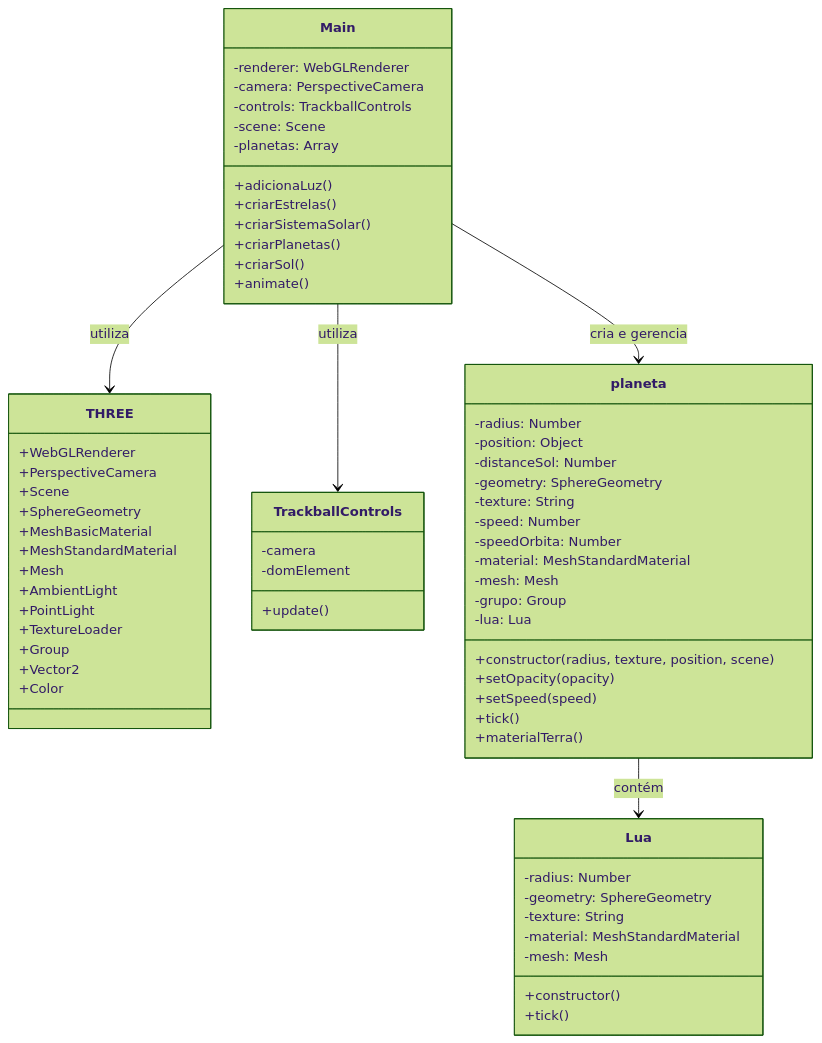
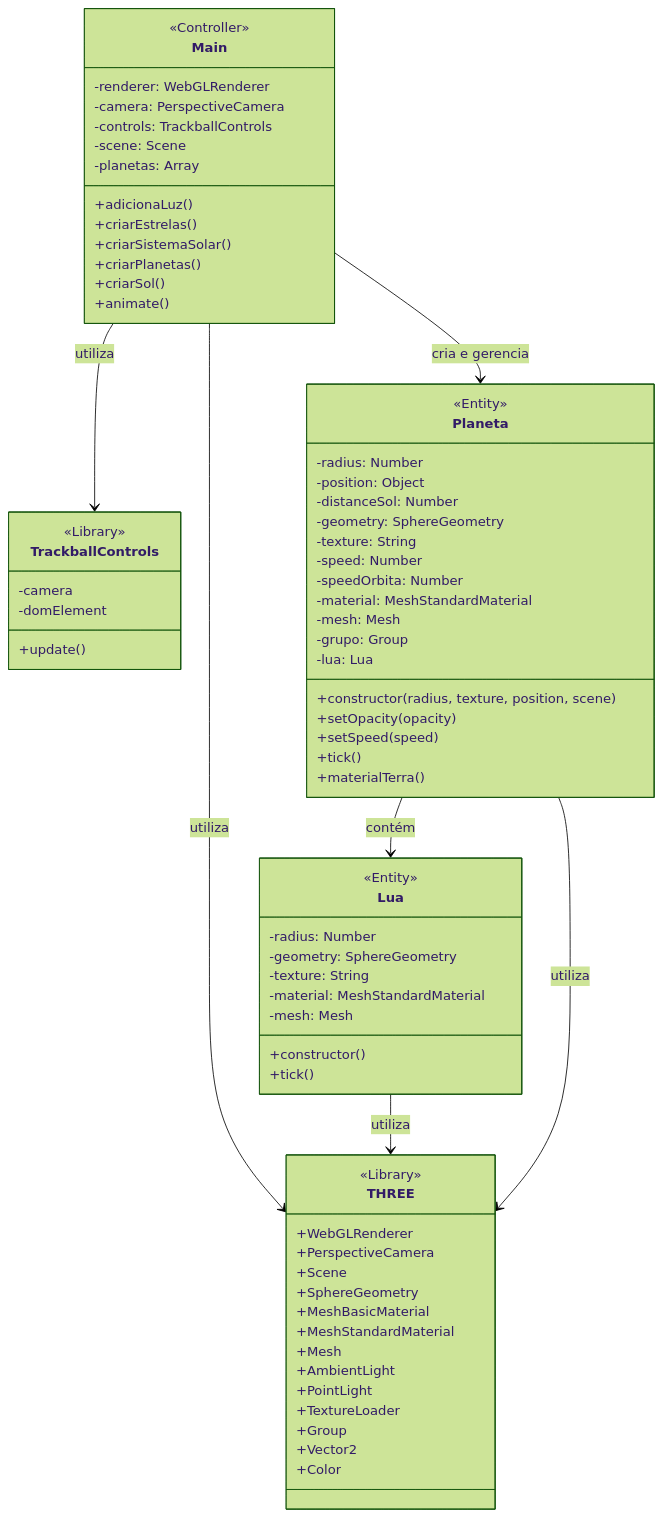
The diagram in README.md (StephanyeCunto/ComputacaoGrafica), drawn with Mermaid (forest theme) before and after one commit.

````diff
--- a/README.md
+++ b/README.md
@@ -98,72 +98,82 @@
 ```mermaid
 classDiagram
     class THREE {
+        <<Library>>
+
         +WebGLRenderer
         +PerspectiveCamera
         +Scene
         +SphereGeometry
         +MeshBasicMaterial
         +MeshStandardMaterial
         +Mesh
         +AmbientLight
         +PointLight
         +TextureLoader
         +Group
         +Vector2
         +Color
     }
 
     class TrackballControls {
+        <<Library>>
+
         -camera
         -domElement
         +update()
     }
 
-    class planeta {
+    class Planeta {
+        <<Entity>>
         -radius: Number
         -position: Object
         -distanceSol: Number
         -geometry: SphereGeometry
         -texture: String
         -speed: Number
         -speedOrbita: Number
         -material: MeshStandardMaterial
         -mesh: Mesh
         -grupo: Group
         -lua: Lua
         +constructor(radius, texture, position, scene)
         +setOpacity(opacity)
         +setSpeed(speed)
         +tick()
         +materialTerra()
     }
 
     class Lua {
+        <<Entity>>
         -radius: Number
         -geometry: SphereGeometry
         -texture: String
         -material: MeshStandardMaterial
         -mesh: Mesh
         +constructor()
         +tick()
     }
 
     class Main {
+        <<Controller>>
+
         -renderer: WebGLRenderer
         -camera: PerspectiveCamera
         -controls: TrackballControls
         -scene: Scene
         -planetas: Array
         +adicionaLuz()
         +criarEstrelas()
         +criarSistemaSolar()
         +criarPlanetas()
         +criarSol()
         +animate()
     }
 
-    planeta --> Lua : contém
-    Main --> planeta : cria e gerencia
+    Planeta --> Lua : contém
+    Main --> Planeta : cria e gerencia
     Main --> THREE : utiliza
     Main --> TrackballControls : utiliza
+    Lua --> THREE : utiliza
+    Planeta --> THREE : utiliza
 ```
````
